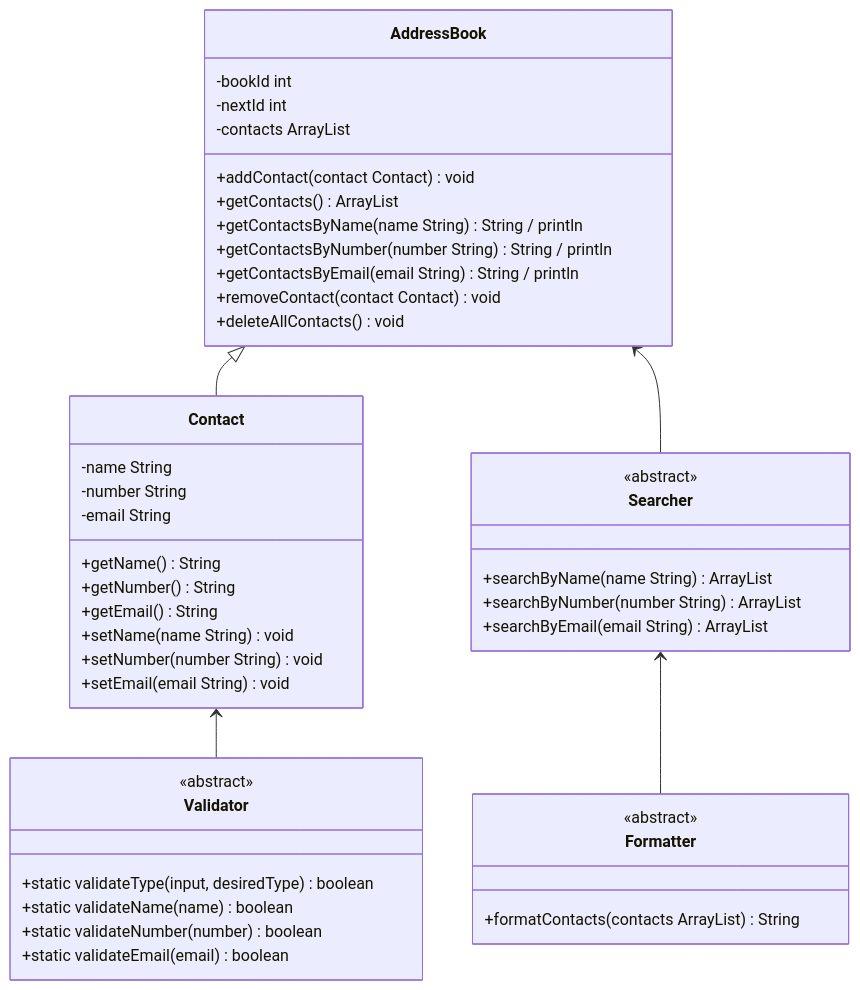
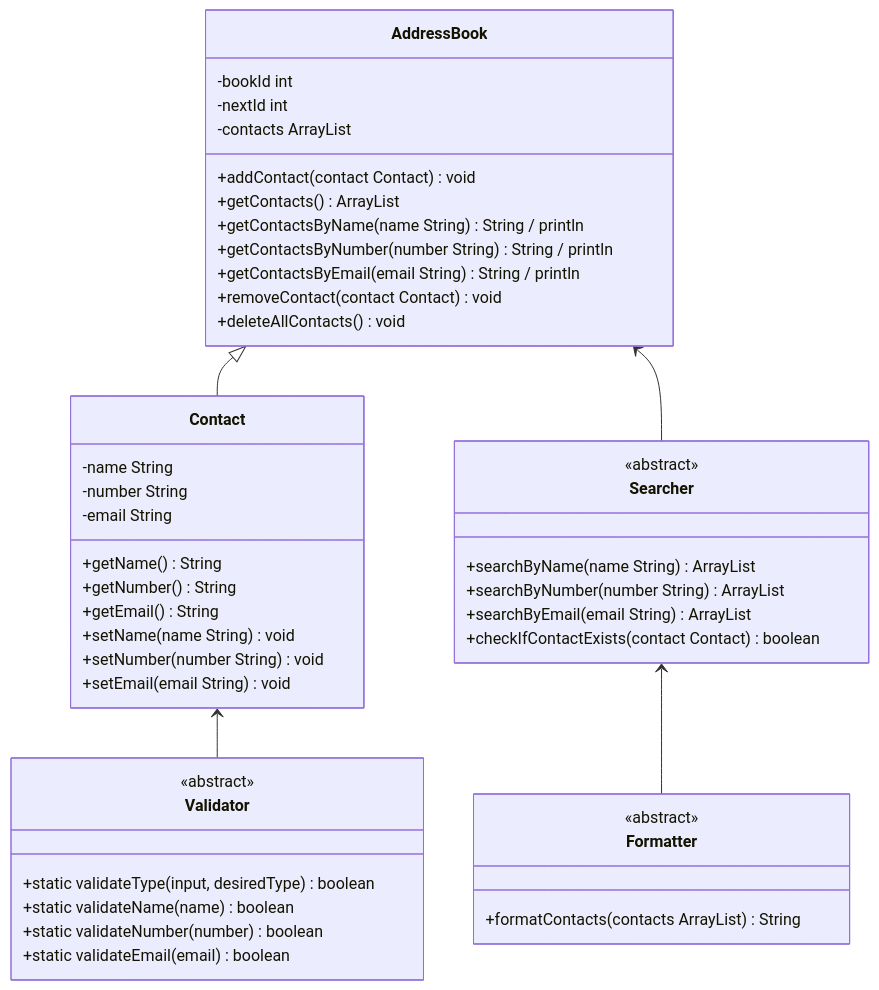
Before and after one commit to retcon1/dfa-challenge-3-address-book: the diagram in docs/domain-models-test-plan.md, drawn with Mermaid. The commit also changed 4 other files, not shown here.

````diff
--- a/docs/domain-models-test-plan.md
+++ b/docs/domain-models-test-plan.md
@@ -43,52 +43,53 @@
 ```mermaid
 classDiagram
     class AddressBook {
         -bookId int
         -nextId int
         -contacts ArrayList<Contact>
         +addContact(contact Contact) void
         +getContacts() ArrayList<Contact>
         +getContactsByName(name String) String / println
         +getContactsByNumber(number String) String / println
         +getContactsByEmail(email String) String / println
         +removeContact(contact Contact) void
         +deleteAllContacts() void
     }
     
     class Contact {
         -name String
         -number String
         -email String
         +getName() String
         +getNumber() String
         +getEmail() String
         +setName(name String) void
         +setNumber(number String) void
         +setEmail(email String) void
     }
     
     class Validator {
         <<abstract>>
         +static validateType(input, desiredType) boolean
         +static validateName(name) boolean
         +static validateNumber(number) boolean
         +static validateEmail(email) boolean
     }
     
     class Searcher {
         <<abstract>>
         +searchByName(name String) ArrayList<Contact>
         +searchByNumber(number String) ArrayList<Contact>
         +searchByEmail(email String) ArrayList<Contact>
+        +checkIfContactExists(contact Contact) boolean
     }
     
     class Formatter {
         <<abstract>>
         +formatContacts(contacts ArrayList) String
     }
     
     AddressBook <|-- Contact
     AddressBook <-- Searcher
     Searcher <-- Formatter
     Contact <-- Validator
 ```
````
